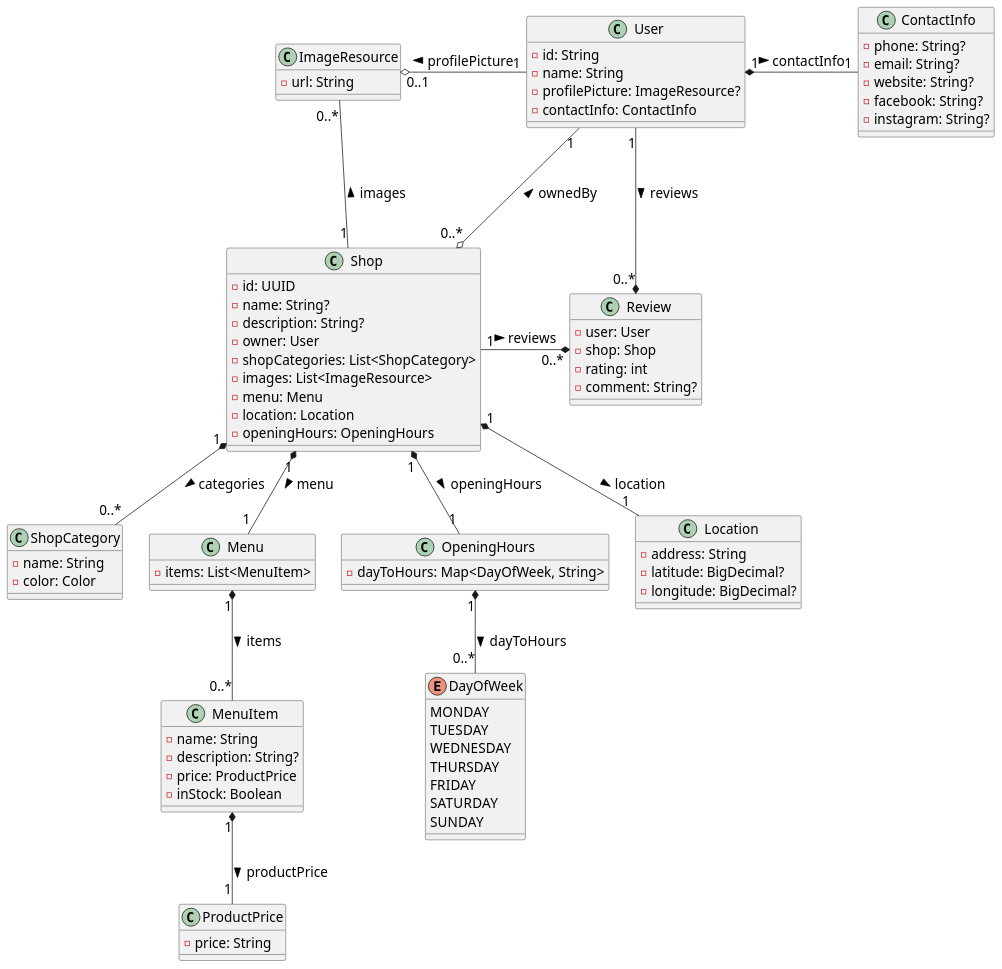
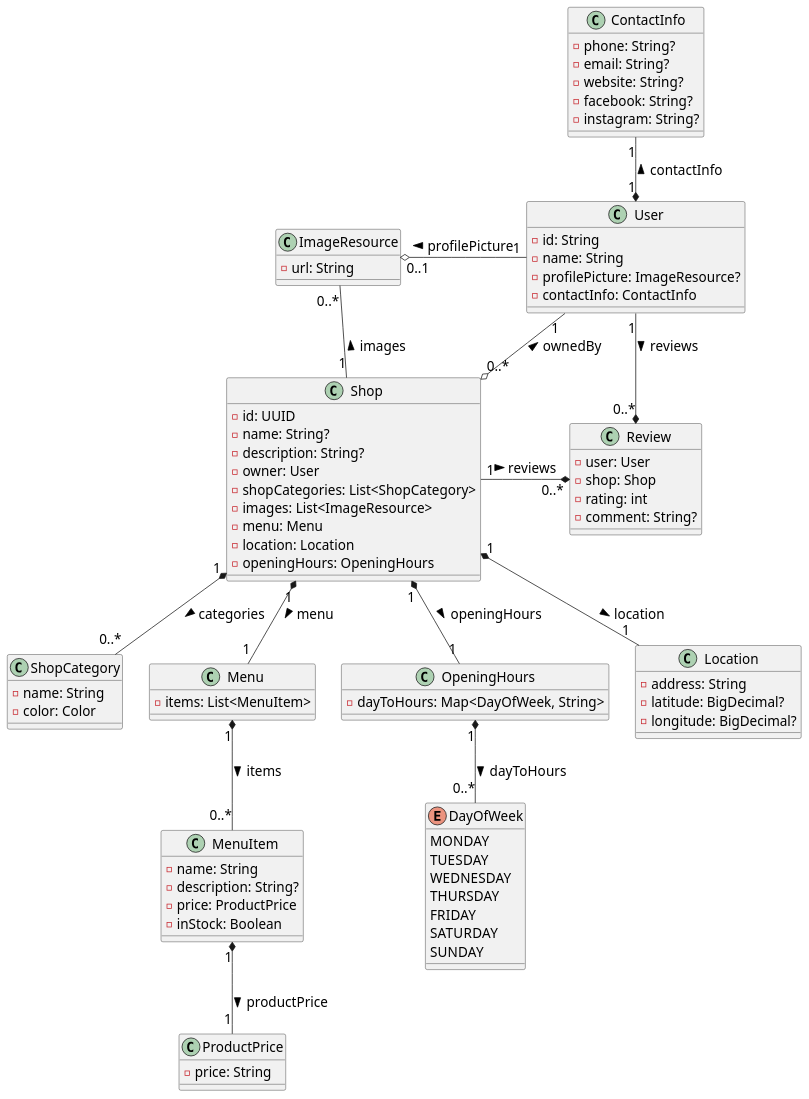
One commit to tondracek/my-farmer changed the diagram in docs/diagram/class_diagram.puml. Above: the diagram before and after it, drawn with PlantUML. The commit also changed 1 other file, not shown here.

Commit message:
fix(diagram): decreasing the width of diagrams

```diff
--- a/docs/diagram/class_diagram.puml
+++ b/docs/diagram/class_diagram.puml
@@ -1,123 +1,123 @@
 @startuml
 
 skinparam defaultFontSize 18
 
 skinparam backgroundColor #FFFFFF
 
 class ImageResource {
     - url: String
 }
 
 ' ----------------------------------- '
 
 class User {
     - id: String
     - name: String
     - profilePicture: ImageResource?
     - contactInfo: ContactInfo
 }
 
 User "1" -Lo "0..1" ImageResource : profilePicture >
 
 ' ----------------------------------- '
 
 class ContactInfo {
     - phone: String?
     - email: String?
     - website: String?
     - facebook: String?
     - instagram: String?
 }
 
-User "1" *- "1" ContactInfo : contactInfo >
+User "1" *-U- "1" ContactInfo : contactInfo >
 
 ' ----------------------------------- '
 
 class Shop {
     - id: UUID
     - name: String?
     - description: String?
     - owner: User
     - shopCategories: List<ShopCategory>
     - images: List<ImageResource>
     - menu: Menu
     - location: Location
     - openingHours: OpeningHours
 }
 
-User "1" ---o "0..*" Shop : ownedBy <
+User "1" --o "0..*" Shop : ownedBy <
 
-Shop "1" -- "0..*" ImageResource : images >
+Shop "1" -U- "0..*" ImageResource : images >
 
 ' ----------------------------------- '
 
 class ShopCategory {
     - name: String
     - color: Color
 }
 
 Shop "1" *-- "0..*" ShopCategory : categories >
 
 ' ----------------------------------- '
 
 class Menu {
     - items: List<MenuItem>
 }
 
 class MenuItem {
     - name: String
     - description: String?
     - price: ProductPrice
     - inStock: Boolean
 }
 
 class ProductPrice {
     - price: String
 }
 
 Shop "1" *-- "1" Menu : menu >
 Menu "1" *-- "0..*" MenuItem : items >
 MenuItem "1" *-- "1" ProductPrice : productPrice >
 
 ' ----------------------------------- '
 
 class OpeningHours {
     - dayToHours: Map<DayOfWeek, String>
 }
 
 enum DayOfWeek {
     MONDAY
     TUESDAY
     WEDNESDAY
     THURSDAY
     FRIDAY
     SATURDAY
     SUNDAY
 }
 
 Shop "1" *-- "1" OpeningHours : openingHours >
 OpeningHours "1" *-- "0..*" DayOfWeek : dayToHours >
 
 ' ----------------------------------- '
 
 class Location {
     - address: String
     - latitude: BigDecimal?
     - longitude: BigDecimal?
 }
 
 Shop "1" *-- "1" Location : location >
 
 ' ----------------------------------- '
 
 class Review {
     - user: User
     - shop: Shop
     - rating: int
     - comment: String?
 }
 
 Shop "1" -* "0..*" Review : reviews >
 User "1" -* "0..*" Review : reviews >
 
 @enduml
```
